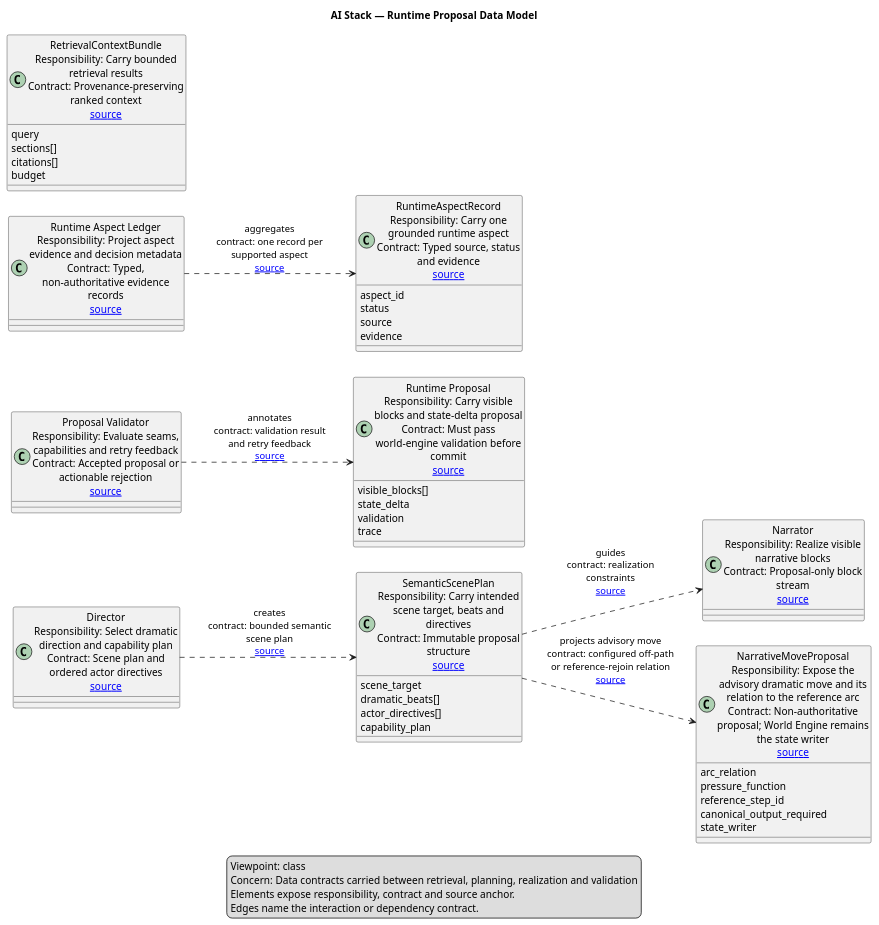
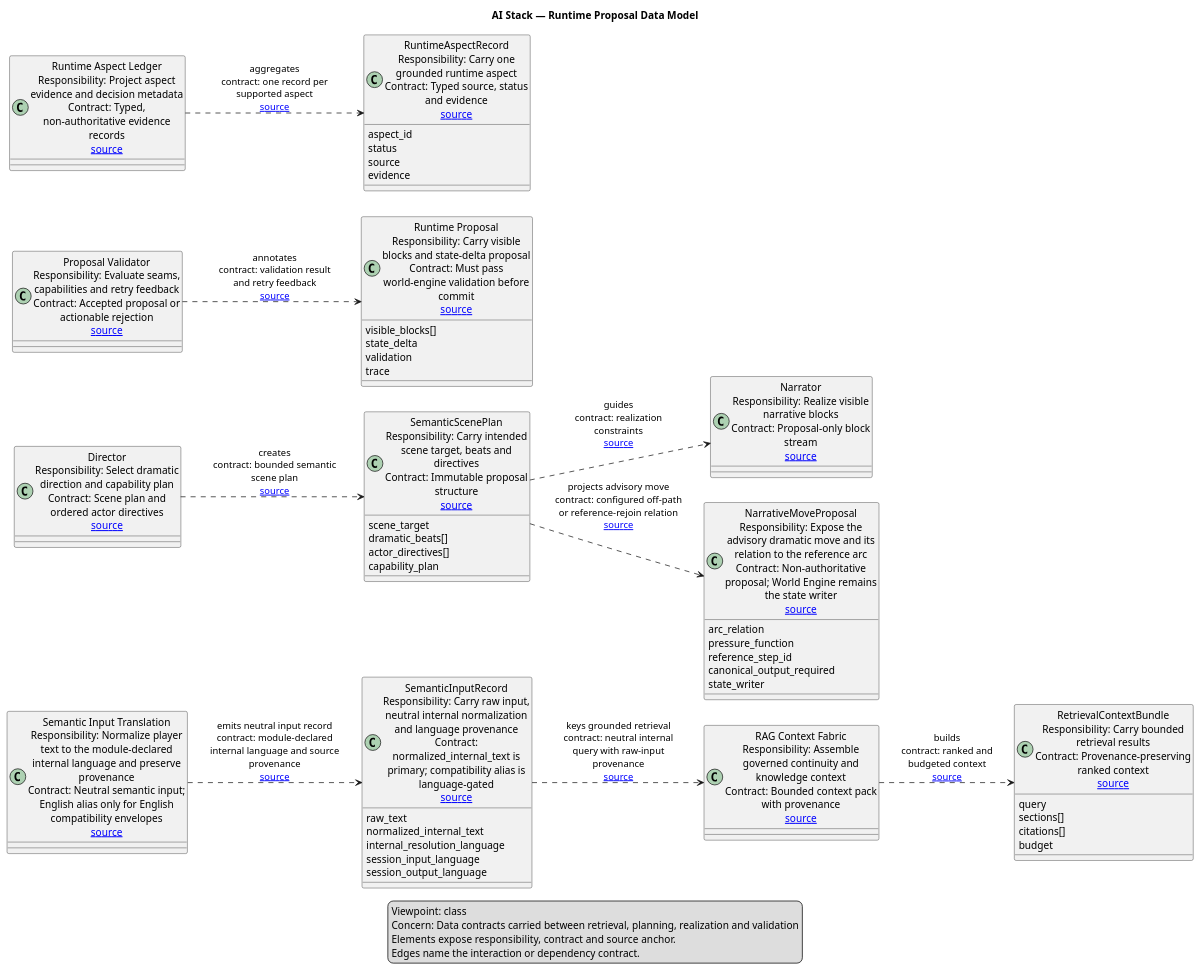
The diagram in UML/Components/ai-stack/classes/runtime-proposal-data-model.puml (Held0fTheWelt/ASHEN-SHELL), drawn with PlantUML before and after one commit. The commit also changed 24 other files, not shown here.

Commit message:
fix(language): enforce neutral internal text consumers

```diff
--- a/UML/Components/ai-stack/classes/runtime-proposal-data-model.puml
+++ b/UML/Components/ai-stack/classes/runtime-proposal-data-model.puml
@@ -1,76 +1,95 @@
 @startuml
 ' bt-view-kind: class
 ' bt-view-id: ai-stack:runtime-data
 title AI Stack — Runtime Proposal Data Model
 left to right direction
 skinparam shadowing false
 skinparam wrapWidth 220
 skinparam maxMessageSize 180
 
+' bt-element-id: ingress
+' bt-element-id: semantic_input
+' bt-element-id: retrieval
 ' bt-element-id: director
 ' bt-element-id: narrator
 ' bt-element-id: validator
 ' bt-element-id: ledger
 ' bt-element-id: context_pack
 ' bt-element-id: plan
 ' bt-element-id: narrative_move
 ' bt-element-id: proposal
 ' bt-element-id: aspect
 
+class "Semantic Input Translation\nResponsibility: Normalize player text to the module-declared internal language and preserve provenance\nContract: Neutral semantic input; English alias only for English compatibility envelopes\n[[../../../../ai_stack/langgraph/langgraph_runtime_executor_impl.py source]]" as ingress {
+
+}
+class "SemanticInputRecord\nResponsibility: Carry raw input, neutral internal normalization and language provenance\nContract: normalized_internal_text is primary; compatibility alias is language-gated\n[[../../../../ai_stack/contracts/action_resolution_contracts.py source]]" as semantic_input {
+  raw_text
+  normalized_internal_text
+  internal_resolution_language
+  session_input_language
+  session_output_language
+}
+class "RAG Context Fabric\nResponsibility: Assemble governed continuity and knowledge context\nContract: Bounded context pack with provenance\n[[../../../../ai_stack/rag/rag_context_pack_build.py source]]" as retrieval {
+
+}
 class "Director\nResponsibility: Select dramatic direction and capability plan\nContract: Scene plan and ordered actor directives\n[[../../../../ai_stack/story_runtime/director/director_realization_composer.py source]]" as director {
 
 }
 class "Narrator\nResponsibility: Realize visible narrative blocks\nContract: Proposal-only block stream\n[[../../../../ai_stack/story_runtime/narrator/god_of_carnage_narrator_path.py source]]" as narrator {
 
 }
 class "Proposal Validator\nResponsibility: Evaluate seams, capabilities and retry feedback\nContract: Accepted proposal or actionable rejection\n[[../../../../ai_stack/langgraph/validation/builder.py source]]" as validator {
 
 }
 class "Runtime Aspect Ledger\nResponsibility: Project aspect evidence and decision metadata\nContract: Typed, non-authoritative evidence records\n[[../../../../ai_stack/story_runtime/runtime_aspect_ledger/records.py source]]" as ledger {
 
 }
 class "RetrievalContextBundle\nResponsibility: Carry bounded retrieval results\nContract: Provenance-preserving ranked context\n[[../../../../ai_stack/rag/retrieval_context_bundles.py source]]" as context_pack {
   query
   sections[]
   citations[]
   budget
 }
 class "SemanticScenePlan\nResponsibility: Carry intended scene target, beats and directives\nContract: Immutable proposal structure\n[[../../../../ai_stack/story_runtime/semantic_planner/semantic_scene_plan/__init__.py source]]" as plan {
   scene_target
   dramatic_beats[]
   actor_directives[]
   capability_plan
 }
 class "NarrativeMoveProposal\nResponsibility: Expose the advisory dramatic move and its relation to the reference arc\nContract: Non-authoritative proposal; World Engine remains the state writer\n[[../../../../ai_stack/story_runtime/semantic_planner/semantic_scene_plan/narrative_move.py source]]" as narrative_move {
   arc_relation
   pressure_function
   reference_step_id
   canonical_output_required
   state_writer
 }
 class "Runtime Proposal\nResponsibility: Carry visible blocks and state-delta proposal\nContract: Must pass world-engine validation before commit\n[[../../../../ai_stack/langgraph/langgraph_runtime_package_output.py source]]" as proposal {
   visible_blocks[]
   state_delta
   validation
   trace
 }
 class "RuntimeAspectRecord\nResponsibility: Carry one grounded runtime aspect\nContract: Typed source, status and evidence\n[[../../../../ai_stack/story_runtime/runtime_aspect_ledger/records.py source]]" as aspect {
   aspect_id
   status
   source
   evidence
 }
 
 director ..> plan : "creates\ncontract: bounded semantic scene plan\n[[../../../../ai_stack/story_runtime/semantic_planner/semantic_scene_planner.py source]]"
 ledger ..> aspect : "aggregates\ncontract: one record per supported aspect\n[[../../../../ai_stack/story_runtime/runtime_aspect_ledger/records.py source]]"
 plan ..> narrative_move : "projects advisory move\ncontract: configured off-path or reference-rejoin relation\n[[../../../../ai_stack/story_runtime/semantic_planner/semantic_scene_plan/narrative_move.py source]]"
 plan ..> narrator : "guides\ncontract: realization constraints\n[[../../../../ai_stack/story_runtime/director/director_realization_composer.py source]]"
 validator ..> proposal : "annotates\ncontract: validation result and retry feedback\n[[../../../../ai_stack/langgraph/validation/result.py source]]"
+ingress ..> semantic_input : "emits neutral input record\ncontract: module-declared internal language and source provenance\n[[../../../../ai_stack/langgraph/langgraph_runtime_executor_impl.py source]]"
+semantic_input ..> retrieval : "keys grounded retrieval\ncontract: neutral internal query with raw-input provenance\n[[../../../../ai_stack/langgraph/langgraph_runtime_executor_impl.py source]]"
+retrieval ..> context_pack : "builds\ncontract: ranked and budgeted context\n[[../../../../ai_stack/rag/rag_context_pack_assembler.py source]]"
 
 legend bottom
 Viewpoint: class
 Concern: Data contracts carried between retrieval, planning, realization and validation
 Elements expose responsibility, contract and source anchor.
 Edges name the interaction or dependency contract.
 endlegend
 @enduml
```
